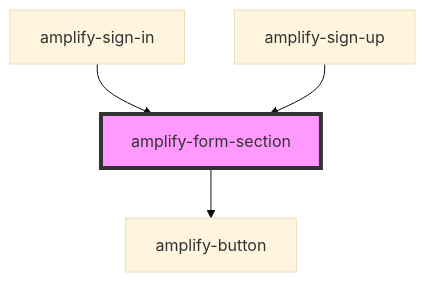
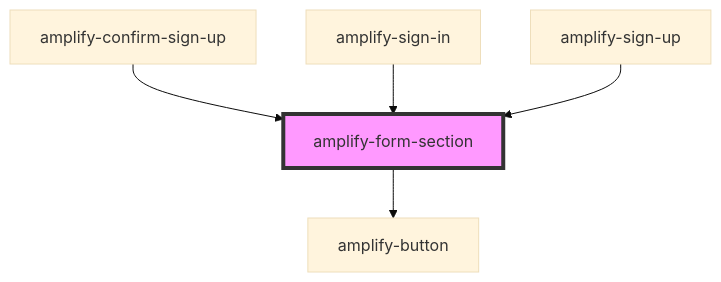
Before and after one commit to aws-amplify/amplify-js: the diagram in packages/amplify-ui-components/src/components/amplify-form-section/readme.md, drawn with Mermaid (base theme). The commit also changed 13 other files, not shown here.

Commit message:
First intial commit for confirm Sign up

````diff
--- a/packages/amplify-ui-components/src/components/amplify-form-section/readme.md
+++ b/packages/amplify-ui-components/src/components/amplify-form-section/readme.md
@@ -33,7 +33,8 @@
 ```mermaid
 graph TD;
   amplify-form-section --> amplify-button
+  amplify-confirm-sign-up --> amplify-form-section
   amplify-sign-in --> amplify-form-section
   amplify-sign-up --> amplify-form-section
   style amplify-form-section fill:#f9f,stroke:#333,stroke-width:4px
 ```
````
